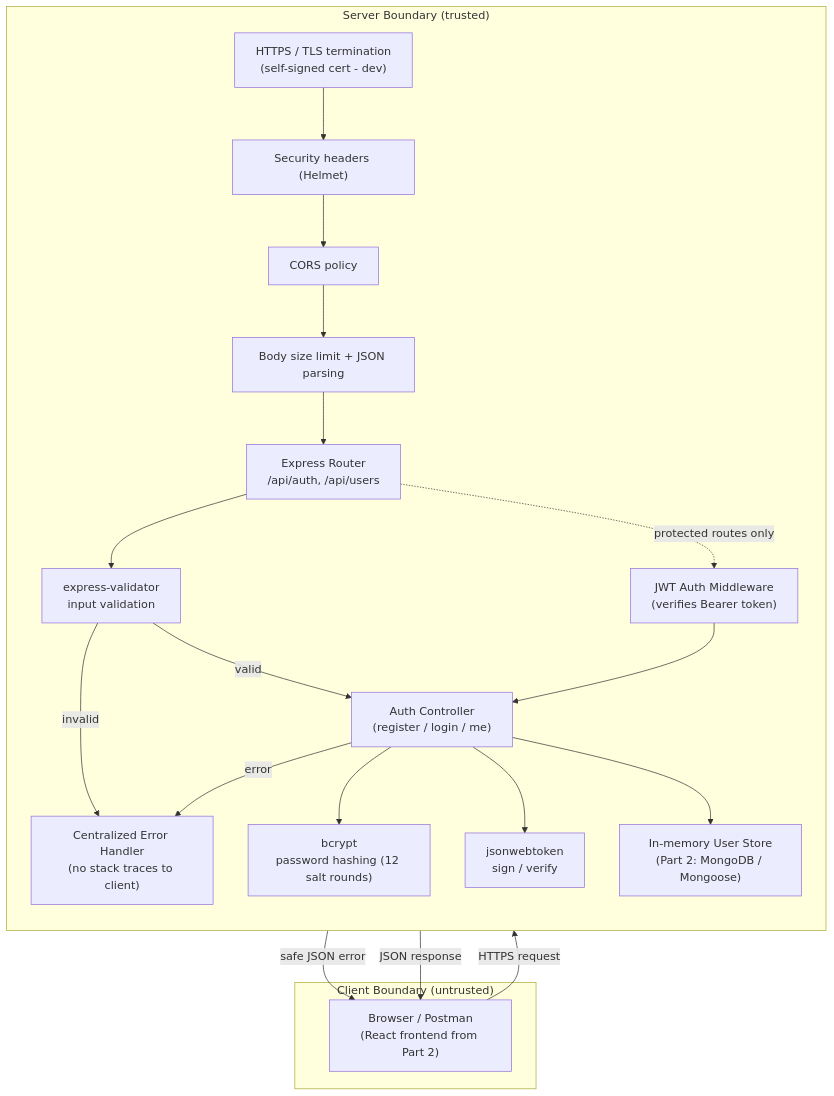
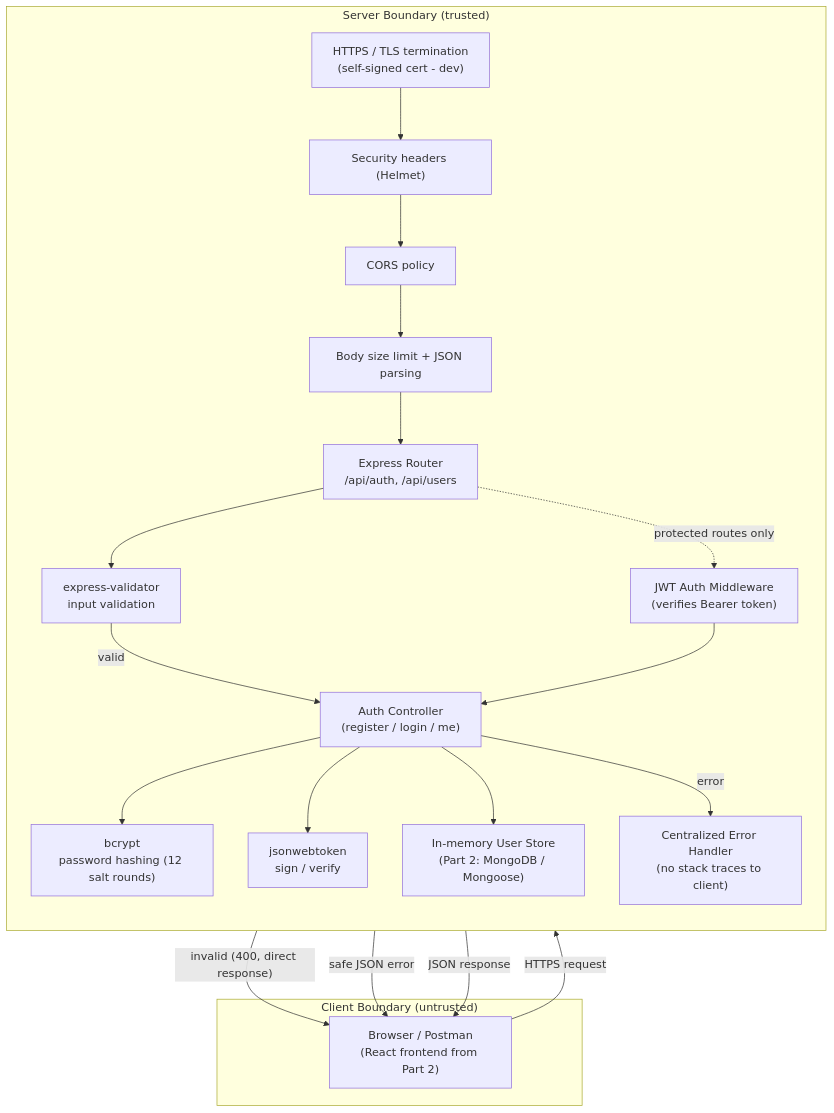
Before and after one commit to ayanzuza/NALL_HustleHub: the diagram in backend/README.md, drawn with Mermaid. The commit also changed other lines of this file, not shown here.

Commit message:
docs: fix inaccurate JWT error-message claim and correct validation-flow diagram edge

````diff
--- a/backend/README.md
+++ b/backend/README.md
@@ -39,36 +39,36 @@
 ```mermaid
 flowchart TB
     subgraph ClientBoundary["Client Boundary (untrusted)"]
         Browser["Browser / Postman\n(React frontend from Part 2)"]
     end
 
     subgraph ServerBoundary["Server Boundary (trusted)"]
         direction TB
         TLS["HTTPS / TLS termination\n(self-signed cert - dev)"]
         Helmet["Security headers (Helmet)"]
         CORS["CORS policy"]
         BodyLimit["Body size limit + JSON parsing"]
         Router["Express Router\n/api/auth, /api/users"]
         Validate["express-validator\ninput validation"]
         AuthMw["JWT Auth Middleware\n(verifies Bearer token)"]
         Controller["Auth Controller\n(register / login / me)"]
         Bcrypt["bcrypt\npassword hashing (12 salt rounds)"]
         JWT["jsonwebtoken\nsign / verify"]
         ErrorMw["Centralized Error Handler\n(no stack traces to client)"]
         Store["In-memory User Store\n(Part 2: MongoDB / Mongoose)"]
     end
 
     Browser -- "HTTPS request" --> TLS
     TLS --> Helmet --> CORS --> BodyLimit --> Router
     Router --> Validate
     Validate -- "valid" --> Controller
-    Validate -- "invalid" --> ErrorMw
+    Validate -- "invalid (400, direct response)" --> Browser
     Router -. "protected routes only" .-> AuthMw
     AuthMw --> Controller
     Controller --> Bcrypt
     Controller --> JWT
     Controller --> Store
     Controller -- "error" --> ErrorMw
     ErrorMw -- "safe JSON error" --> Browser
     Controller -- "JSON response" --> Browser
 ```
````
